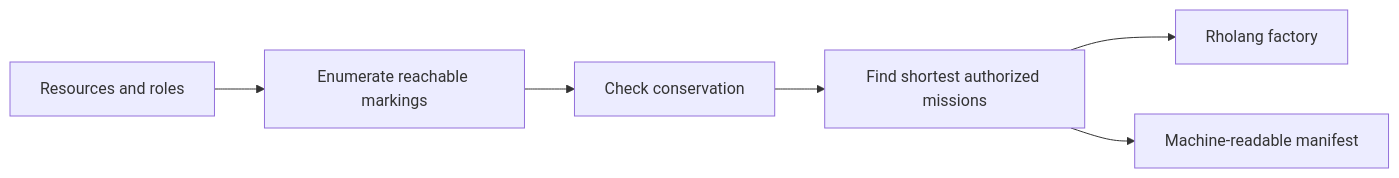
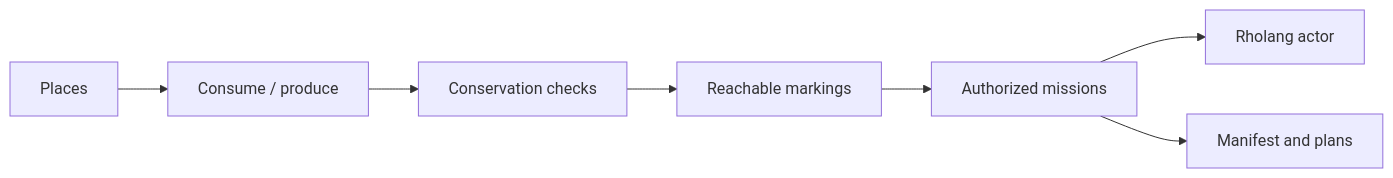
One commit to rhovision-org/rho-forge changed the diagram in README.md. Above: the diagram before and after it, drawn with Mermaid. The commit also changed other lines of this file and 5 other files, not shown here.

````diff
--- a/README.md
+++ b/README.md
@@ -130,8 +60,9 @@
 ```mermaid
 flowchart LR
-    A["Resources and roles"] --> B["Enumerate reachable markings"]
-    B --> C["Check conservation"]
-    C --> D["Find shortest authorized missions"]
-    D --> E["Rholang factory"]
-    D --> F["Machine-readable manifest"]
+ P["Places"] --> T["Consume / produce"]
+ T --> I["Conservation checks"]
+ I --> M["Reachable markings"]
+ M --> G["Authorized missions"]
+ G --> R["Rholang actor"]
+ G --> J["Manifest and plans"]
 ```
````
